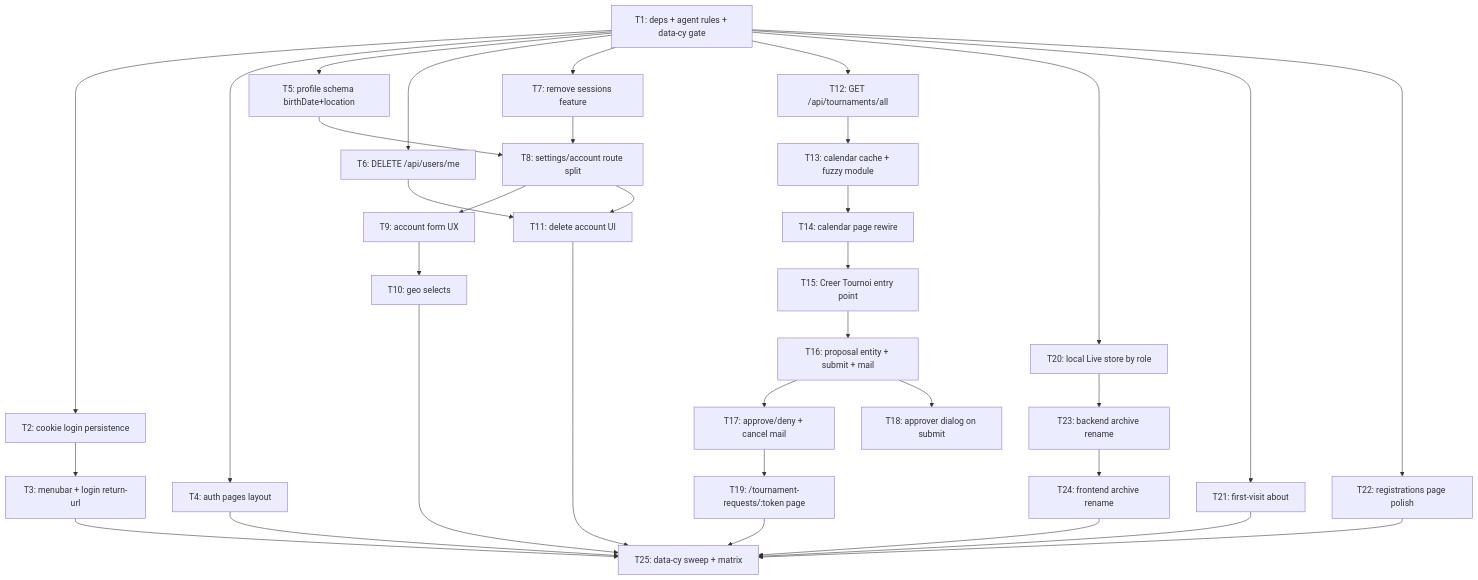
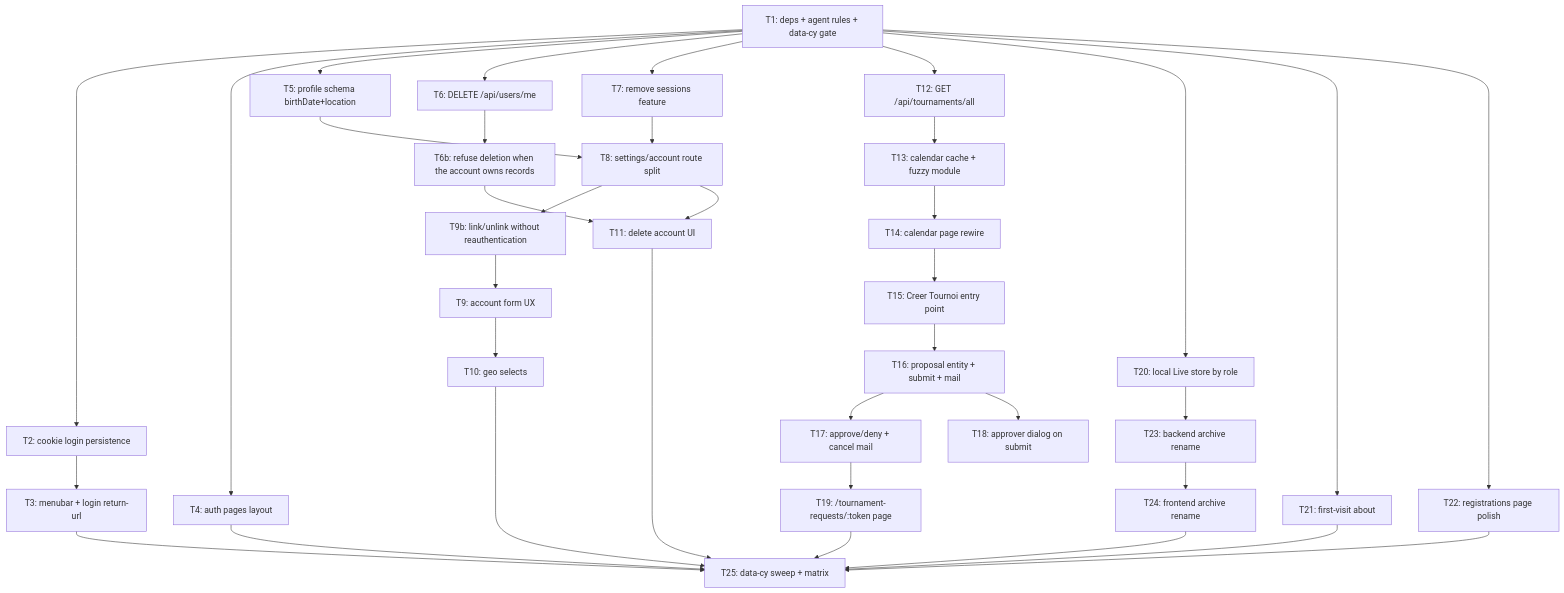
The diagram in ai-artifacts/PLAN_2026_08_08_feedback-calendar-v1.md (AronGomu/gones), drawn with Mermaid before and after one commit. The commit also changed other lines of this file and 2 other files, not shown here.

````diff
--- a/ai-artifacts/PLAN_2026_08_08_feedback-calendar-v1.md
+++ b/ai-artifacts/PLAN_2026_08_08_feedback-calendar-v1.md
@@ -72,36 +72,38 @@
 ```mermaid
 flowchart TD
   T1[T1: deps + agent rules + data-cy gate] --> T2[T2: cookie login persistence]
   T1 --> T4[T4: auth pages layout]
   T2 --> T3[T3: menubar + login return-url]
   T1 --> T5[T5: profile schema birthDate+location]
   T1 --> T6[T6: DELETE /api/users/me]
+  T6 --> T6b[T6b: refuse deletion when the account owns records]
   T1 --> T7[T7: remove sessions feature]
   T5 --> T8[T8: settings/account route split]
   T7 --> T8
-  T8 --> T9[T9: account form UX]
+  T8 --> T9b[T9b: link/unlink without reauthentication]
+  T9b --> T9[T9: account form UX]
   T9 --> T10[T10: geo selects]
-  T6 --> T11[T11: delete account UI]
+  T6b --> T11[T11: delete account UI]
   T8 --> T11
   T1 --> T12[T12: GET /api/tournaments/all]
   T12 --> T13[T13: calendar cache + fuzzy module]
   T13 --> T14[T14: calendar page rewire]
   T14 --> T15[T15: Creer Tournoi entry point]
   T15 --> T16[T16: proposal entity + submit + mail]
   T16 --> T17[T17: approve/deny + cancel mail]
   T16 --> T18[T18: approver dialog on submit]
   T17 --> T19[T19: /tournament-requests/:token page]
   T1 --> T20[T20: local Live store by role]
   T1 --> T21[T21: first-visit about]
   T1 --> T22[T22: registrations page polish]
   T20 --> T23[T23: backend archive rename]
   T23 --> T24[T24: frontend archive rename]
   T24 --> T25[T25: data-cy sweep + matrix]
   T10 --> T25
   T11 --> T25
   T19 --> T25
   T21 --> T25
   T22 --> T25
   T3 --> T25
   T4 --> T25
 ```
````
